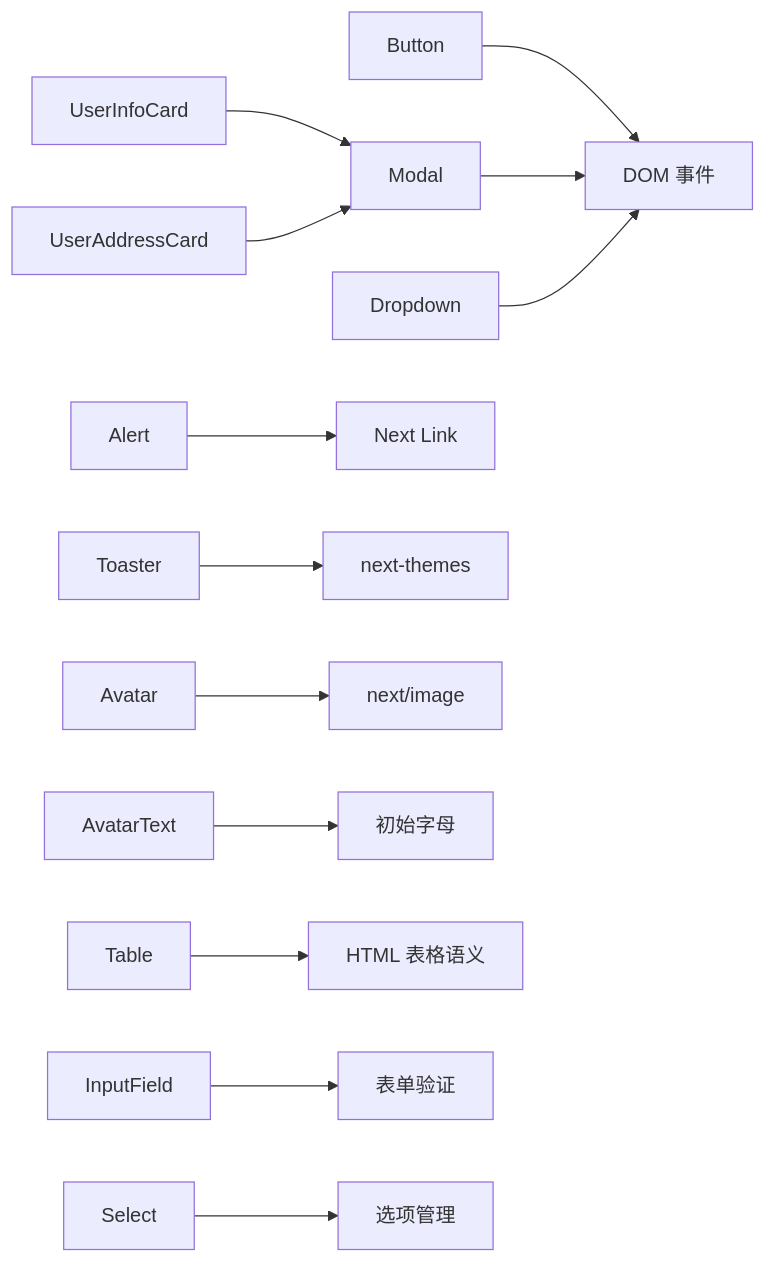
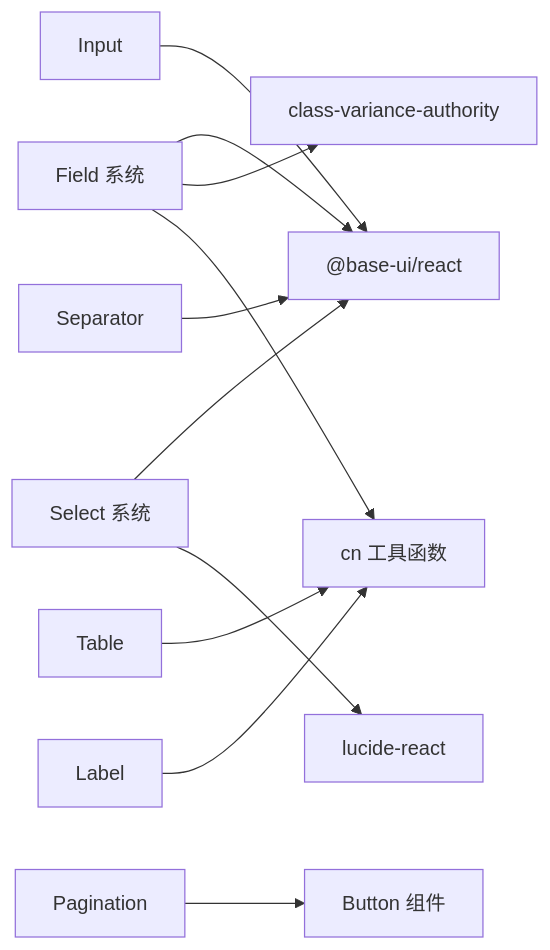
Before and after one commit to HAOFUYANG/nextjs-admin: the eighth of 8 diagrams in .qoder/repowiki/zh/content/UI 组件库/UI 组件库.md, drawn with Mermaid. The commit also changed other lines of this file and 4 other files, not shown here.

````diff
--- a/.qoder/repowiki/zh/content/UI 组件库/UI 组件库.md
+++ b/.qoder/repowiki/zh/content/UI 组件库/UI 组件库.md
@@ -620,15 +512,13 @@
 ```mermaid
 graph LR
-btn["Button"] --> dom["DOM 事件"]
-modal["Modal"] --> dom
-dropdown["Dropdown"] --> dom
-alert["Alert"] --> link["Next Link"]
-toast["Toaster"] --> theme["next-themes"]
-avatar["Avatar"] --> img["next/image"]
-avatarText["AvatarText"] --> initials["初始字母"]
-table["Table"] --> html["HTML 表格语义"]
-input["InputField"] --> validation["表单验证"]
-select["Select"] --> options["选项管理"]
-userInfo["UserInfoCard"] --> modal
-userAddress["UserAddressCard"] --> modal
+field["Field 系统"] --> baseUI["@base-ui/react"]
+field --> cva["class-variance-authority"]
+field --> cn["cn 工具函数"]
+input["Input"] --> baseUI
+select["Select 系统"] --> baseUI
+select --> lucide["lucide-react"]
+table["Table"] --> cn
+pagination["Pagination"] --> button["Button 组件"]
+label["Label"] --> cn
+separator["Separator"] --> baseUI
 ```
````
